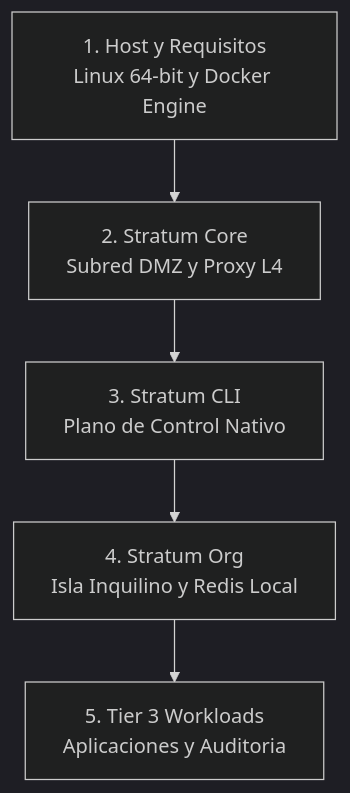
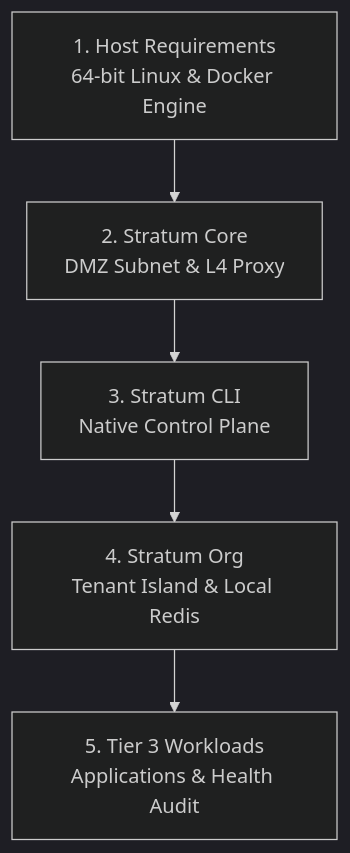
One commit to isora-cloud-group/stratum-hub changed the diagram in GETTING_STARTED.md. Above: the diagram before and after it, drawn with Mermaid (dark theme). The commit also changed other lines of this file and 7 other files, not shown here.

````diff
--- a/GETTING_STARTED.md
+++ b/GETTING_STARTED.md
@@ -5,7 +5,7 @@
 ```mermaid
 flowchart TD
-    F1["1. Host y Requisitos<br/>Linux 64-bit y Docker Engine"] --> F2["2. Stratum Core<br/>Subred DMZ y Proxy L4"]
-    F2 --> F3["3. Stratum CLI<br/>Plano de Control Nativo"]
-    F3 --> F4["4. Stratum Org<br/>Isla Inquilino y Redis Local"]
-    F4 --> F5["5. Tier 3 Workloads<br/>Aplicaciones y Auditoria"]
+    F1["1. Host Requirements<br/>64-bit Linux & Docker Engine"] --> F2["2. Stratum Core<br/>DMZ Subnet & L4 Proxy"]
+    F2 --> F3["3. Stratum CLI<br/>Native Control Plane"]
+    F3 --> F4["4. Stratum Org<br/>Tenant Island & Local Redis"]
+    F4 --> F5["5. Tier 3 Workloads<br/>Applications & Health Audit"]
 ```
````
